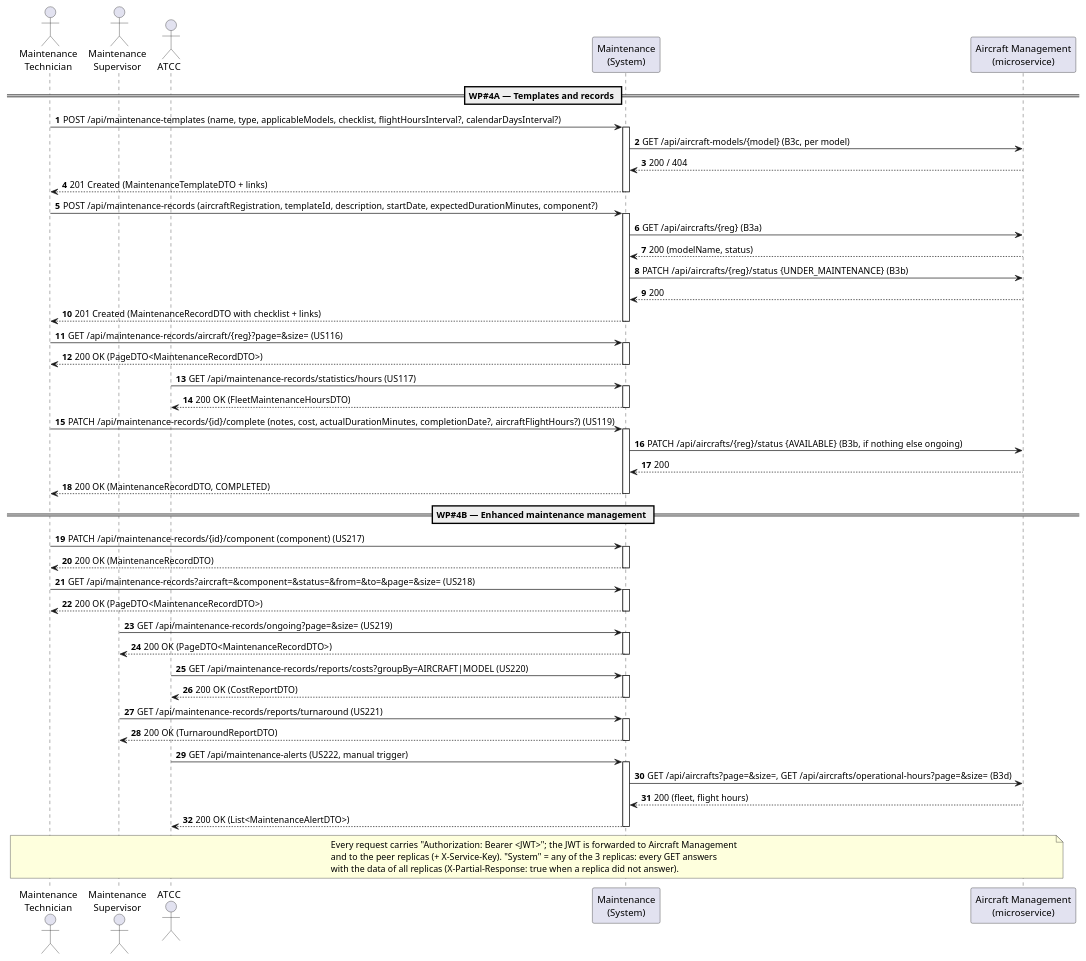
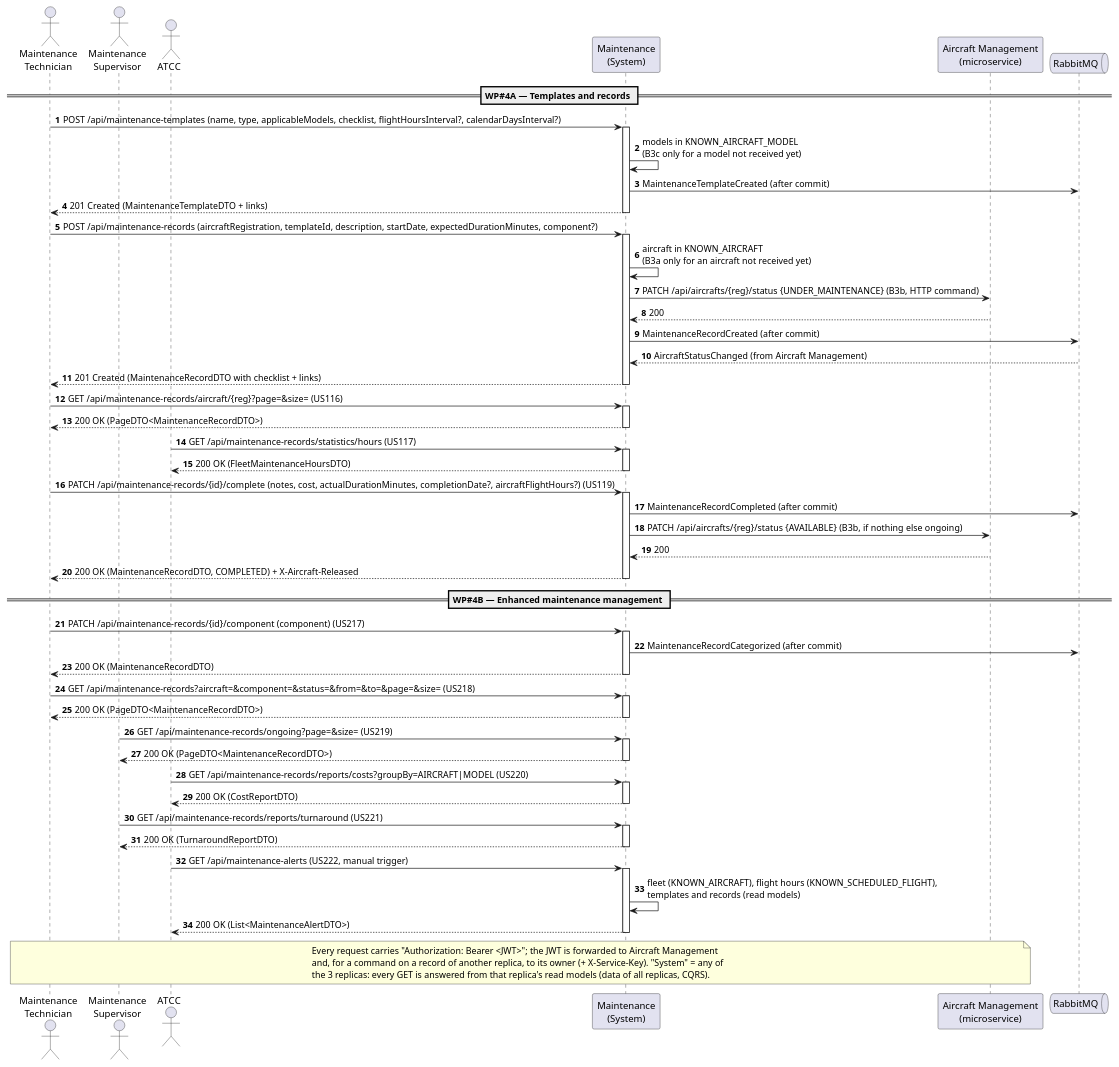
One commit to caetanotiago/Project_SIDIS changed the diagram in docs/5-scenarios/maintenance/puml/Maintenance-SSD.puml. Above: the diagram before and after it, drawn with PlantUML. The commit also changed 43 other files, not shown here.

```diff
--- a/docs/5-scenarios/maintenance/puml/Maintenance-SSD.puml
+++ b/docs/5-scenarios/maintenance/puml/Maintenance-SSD.puml
@@ -1,83 +1,86 @@
 @startuml Maintenance-SSD
 autonumber
 actor "Maintenance\nTechnician" as TECH
 actor "Maintenance\nSupervisor" as SUP
 actor "ATCC" as ATCC
 participant "Maintenance\n(System)" as SYS
 participant "Aircraft Management\n(microservice)" as AM
+queue "RabbitMQ" as MQ
 
 == WP#4A — Templates and records ==
 
 TECH -> SYS : POST /api/maintenance-templates (name, type, applicableModels, checklist, flightHoursInterval?, calendarDaysInterval?)
 activate SYS
-SYS -> AM : GET /api/aircraft-models/{model} (B3c, per model)
-AM --> SYS : 200 / 404
+SYS -> SYS : models in KNOWN_AIRCRAFT_MODEL\n(B3c only for a model not received yet)
+SYS -> MQ : MaintenanceTemplateCreated (after commit)
 SYS --> TECH : 201 Created (MaintenanceTemplateDTO + links)
 deactivate SYS
 
 TECH -> SYS : POST /api/maintenance-records (aircraftRegistration, templateId, description, startDate, expectedDurationMinutes, component?)
 activate SYS
-SYS -> AM : GET /api/aircrafts/{reg} (B3a)
-AM --> SYS : 200 (modelName, status)
-SYS -> AM : PATCH /api/aircrafts/{reg}/status {UNDER_MAINTENANCE} (B3b)
+SYS -> SYS : aircraft in KNOWN_AIRCRAFT\n(B3a only for an aircraft not received yet)
+SYS -> AM : PATCH /api/aircrafts/{reg}/status {UNDER_MAINTENANCE} (B3b, HTTP command)
 AM --> SYS : 200
+SYS -> MQ : MaintenanceRecordCreated (after commit)
+MQ --> SYS : AircraftStatusChanged (from Aircraft Management)
 SYS --> TECH : 201 Created (MaintenanceRecordDTO with checklist + links)
 deactivate SYS
 
 TECH -> SYS : GET /api/maintenance-records/aircraft/{reg}?page=&size= (US116)
 activate SYS
 SYS --> TECH : 200 OK (PageDTO<MaintenanceRecordDTO>)
 deactivate SYS
 
 ATCC -> SYS : GET /api/maintenance-records/statistics/hours (US117)
 activate SYS
 SYS --> ATCC : 200 OK (FleetMaintenanceHoursDTO)
 deactivate SYS
 
 TECH -> SYS : PATCH /api/maintenance-records/{id}/complete (notes, cost, actualDurationMinutes, completionDate?, aircraftFlightHours?) (US119)
 activate SYS
+SYS -> MQ : MaintenanceRecordCompleted (after commit)
 SYS -> AM : PATCH /api/aircrafts/{reg}/status {AVAILABLE} (B3b, if nothing else ongoing)
 AM --> SYS : 200
-SYS --> TECH : 200 OK (MaintenanceRecordDTO, COMPLETED)
+SYS --> TECH : 200 OK (MaintenanceRecordDTO, COMPLETED) + X-Aircraft-Released
 deactivate SYS
 
 == WP#4B — Enhanced maintenance management ==
 
 TECH -> SYS : PATCH /api/maintenance-records/{id}/component (component) (US217)
 activate SYS
+SYS -> MQ : MaintenanceRecordCategorized (after commit)
 SYS --> TECH : 200 OK (MaintenanceRecordDTO)
 deactivate SYS
 
 TECH -> SYS : GET /api/maintenance-records?aircraft=&component=&status=&from=&to=&page=&size= (US218)
 activate SYS
 SYS --> TECH : 200 OK (PageDTO<MaintenanceRecordDTO>)
 deactivate SYS
 
 SUP -> SYS : GET /api/maintenance-records/ongoing?page=&size= (US219)
 activate SYS
 SYS --> SUP : 200 OK (PageDTO<MaintenanceRecordDTO>)
 deactivate SYS
 
 ATCC -> SYS : GET /api/maintenance-records/reports/costs?groupBy=AIRCRAFT|MODEL (US220)
 activate SYS
 SYS --> ATCC : 200 OK (CostReportDTO)
 deactivate SYS
 
 SUP -> SYS : GET /api/maintenance-records/reports/turnaround (US221)
 activate SYS
 SYS --> SUP : 200 OK (TurnaroundReportDTO)
 deactivate SYS
 
 ATCC -> SYS : GET /api/maintenance-alerts (US222, manual trigger)
 activate SYS
-SYS -> AM : GET /api/aircrafts?page=&size=, GET /api/aircrafts/operational-hours?page=&size= (B3d)
-AM --> SYS : 200 (fleet, flight hours)
+SYS -> SYS : fleet (KNOWN_AIRCRAFT), flight hours (KNOWN_SCHEDULED_FLIGHT),\ntemplates and records (read models)
 SYS --> ATCC : 200 OK (List<MaintenanceAlertDTO>)
 deactivate SYS
 
 note over TECH, AM
   Every request carries "Authorization: Bearer <JWT>"; the JWT is forwarded to Aircraft Management
-  and to the peer replicas (+ X-Service-Key). "System" = any of the 3 replicas: every GET answers
-  with the data of all replicas (X-Partial-Response: true when a replica did not answer).
+  and, for a command on a record of another replica, to its owner (+ X-Service-Key). "System" = any of
+  the 3 replicas: every GET is answered from that replica's read models (data of all replicas, CQRS).
 end note
 @enduml
```
